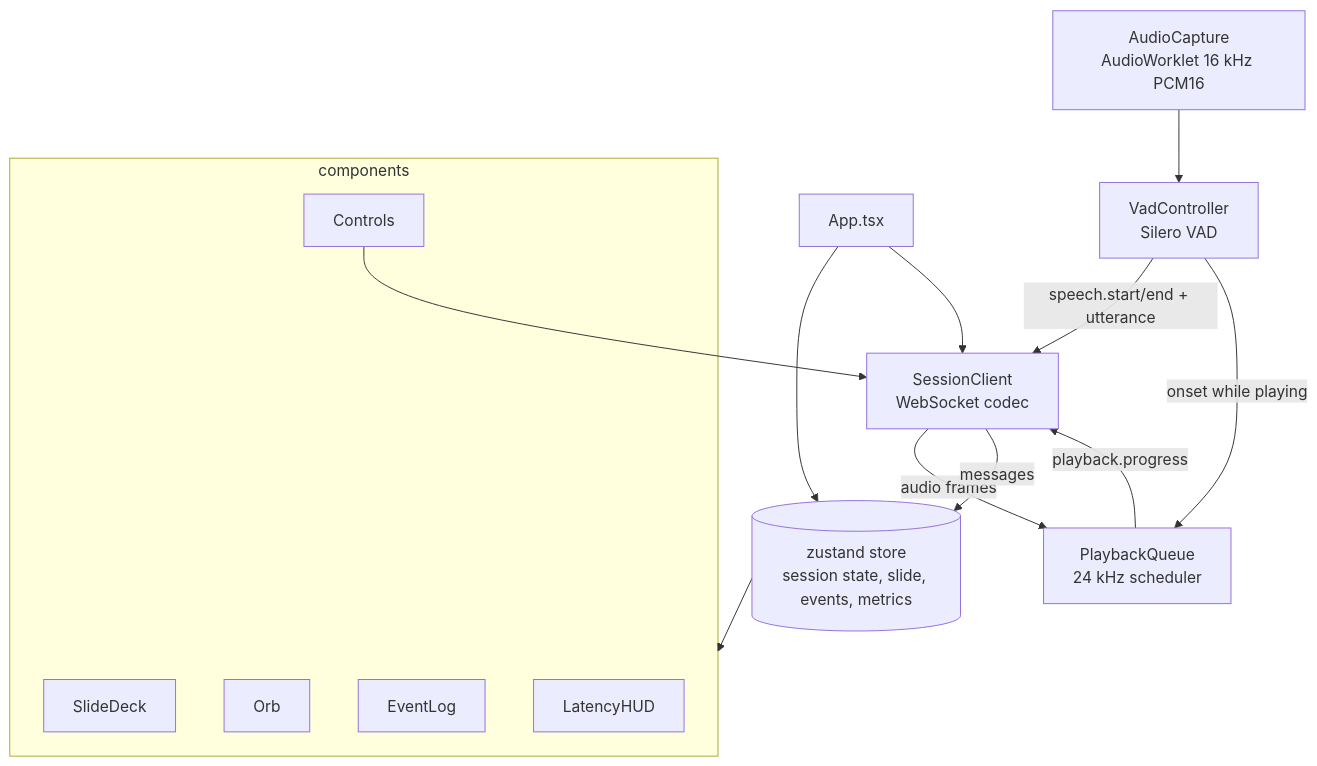
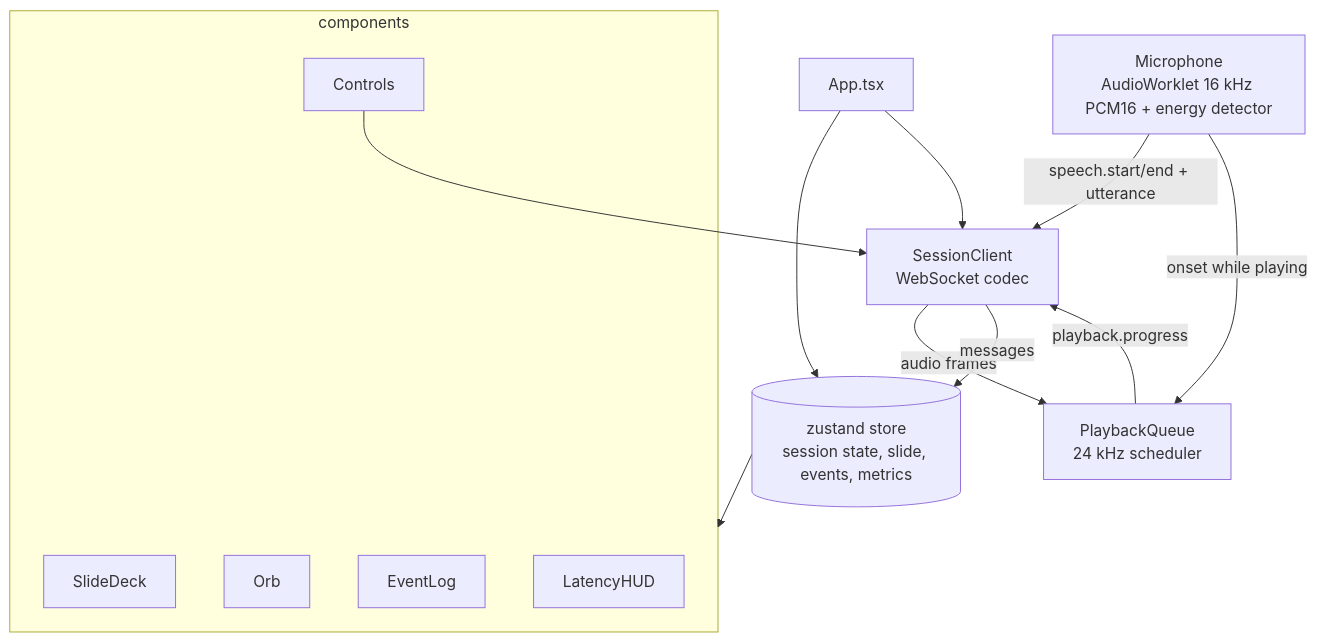
The third of 5 diagrams in docs/TRD.md (HarshChin/dynamic-voice-deck), drawn with Mermaid before and after one commit. The commit also changed other lines of this file and 4 other files, not shown here.

First line of the commit message:
docs: describe the detector, the default model and the audio classes that actually shipped

````diff
--- a/docs/TRD.md
+++ b/docs/TRD.md
@@ -83,21 +83,20 @@
 ```mermaid
 flowchart TB
     APP[App.tsx]
     STORE[(zustand store<br/>session state, slide, events, metrics)]
     SC[SessionClient<br/>WebSocket codec]
-    AC[AudioCapture<br/>AudioWorklet 16 kHz PCM16]
-    VAD[VadController<br/>Silero VAD]
+    MIC[Microphone<br/>AudioWorklet 16 kHz PCM16 + energy detector]
     PQ[PlaybackQueue<br/>24 kHz scheduler]
     subgraph components
         SD[SlideDeck] ; ORB[Orb] ; EL[EventLog] ; HUD[LatencyHUD] ; CT[Controls]
     end
     APP --> STORE
     APP --> SC
-    AC --> VAD -->|speech.start/end + utterance| SC
+    MIC -->|speech.start/end + utterance| SC
     SC -->|audio frames| PQ
     SC -->|messages| STORE
     PQ -->|playback.progress| SC
-    VAD -->|onset while playing| PQ
+    MIC -->|onset while playing| PQ
     STORE --> components
     CT --> SC
 ```
````
